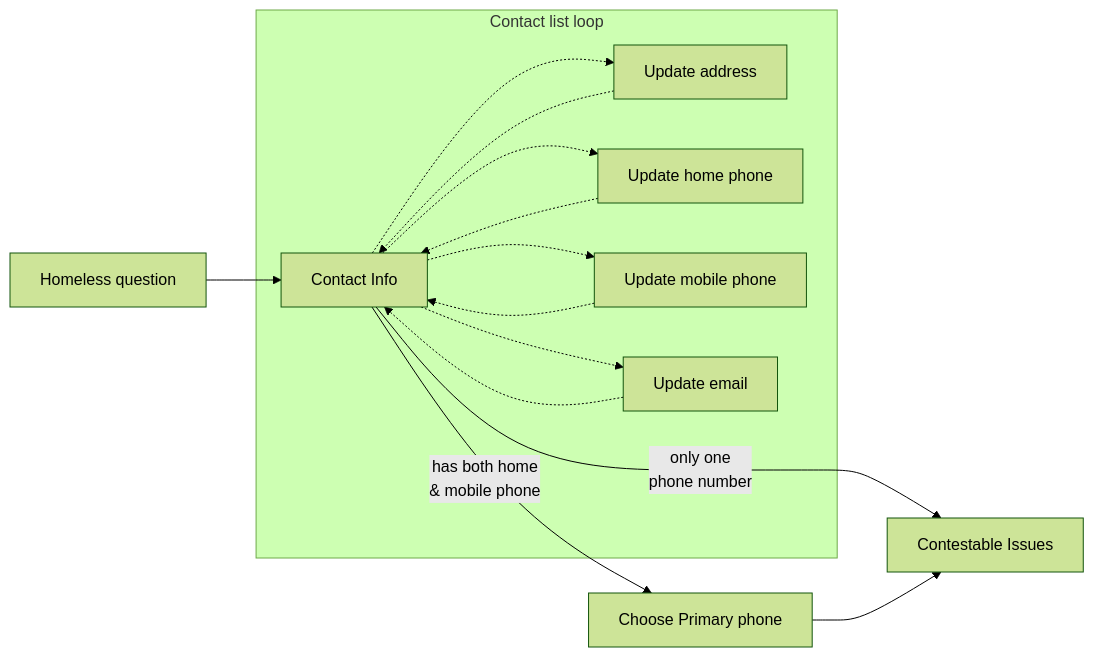
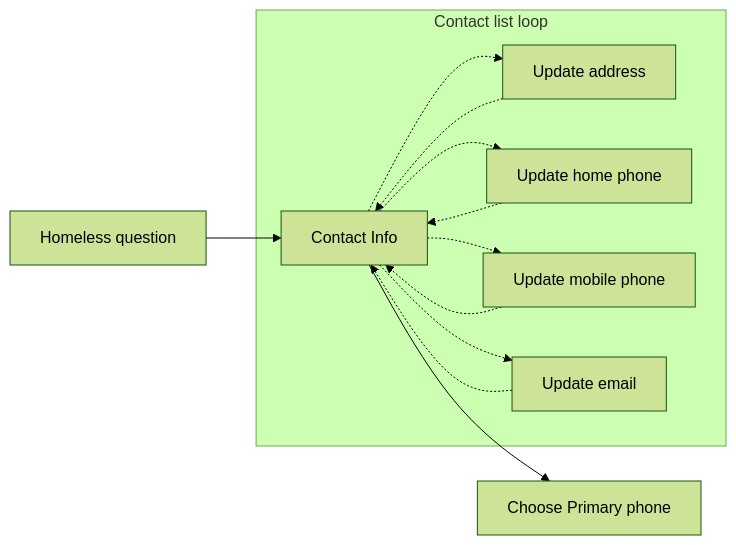
The second of 5 diagrams in products/decision-reviews/Supplemental-Claims/engineering/SC_frontend_details.md (department-of-veterans-affairs/va.gov-team), drawn with Mermaid (forest theme) before and after one commit. The commit also changed other lines of this file and 6 other files, not shown here.

````diff
--- a/products/decision-reviews/Supplemental-Claims/engineering/SC_frontend_details.md
+++ b/products/decision-reviews/Supplemental-Claims/engineering/SC_frontend_details.md
@@ -177,15 +240,13 @@
 ```mermaid
 flowchart LR
     B[Homeless question] --> C[Contact Info]
 
     subgraph one [Contact list loop]
     C -.-> D[Update address] -.-> C
     C -.-> E[Update home phone] -.-> C
     C -.-> F[Update mobile phone] -.-> C
     C -.-> G[Update email] -.-> C
     end
 
-    C -- has both home<br>& mobile phone --> H[Choose Primary phone]
-    C -- only one<br>phone number --> I[Contestable Issues]
-    H --> I
+    C --> H[Choose Primary phone]
 ```
````
